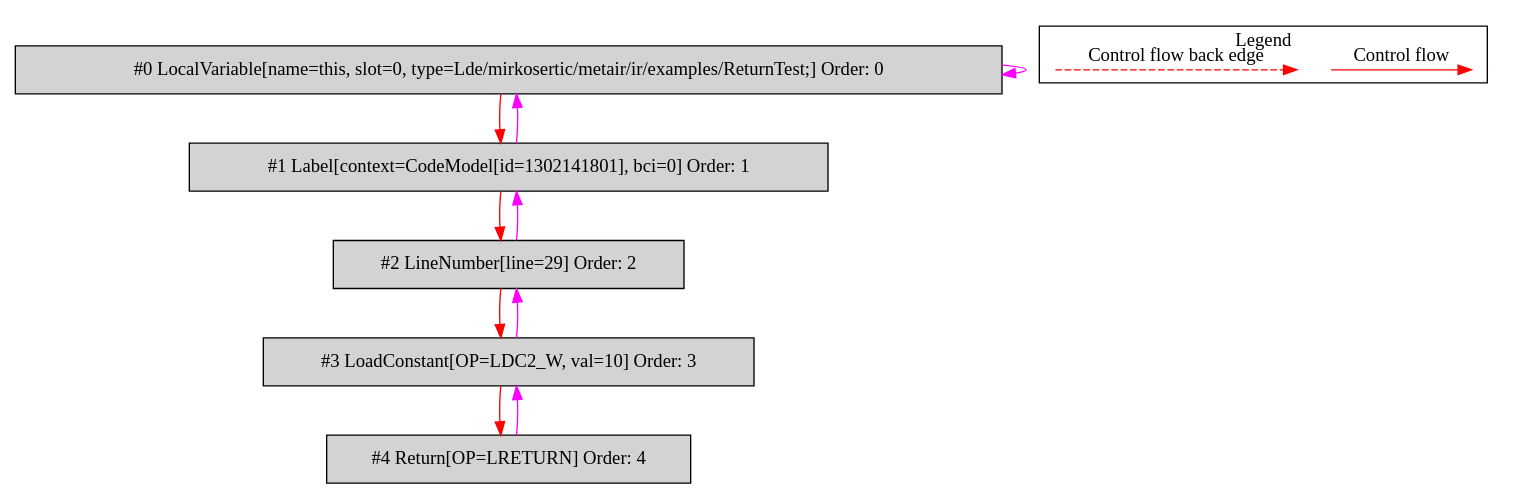
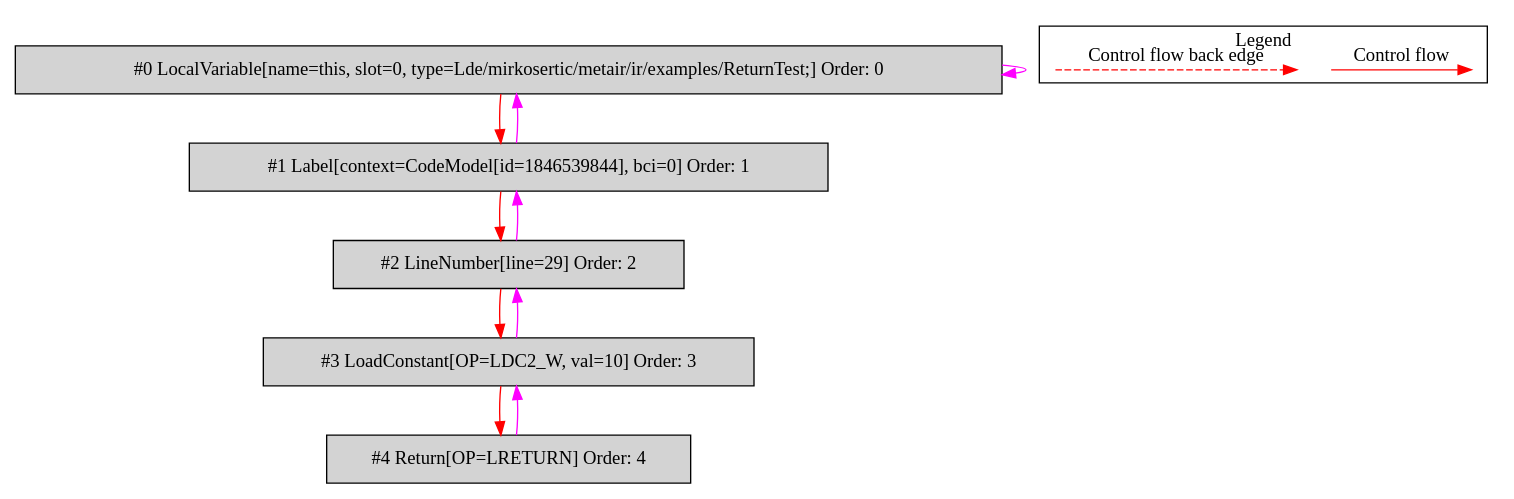
The diagram in de.mirkosertic.metair.ir.examples.ReturnTest/returnLong/bytecodecfg.dot (mirkosertic/MetaIR), drawn with Graphviz before and after one commit. The commit also changed 488 other files, not shown here.

```diff
--- a/de.mirkosertic.metair.ir.examples.ReturnTest/returnLong/bytecodecfg.dot
+++ b/de.mirkosertic.metair.ir.examples.ReturnTest/returnLong/bytecodecfg.dot
@@ -1,31 +1,31 @@
 digraph {
  ordering="in";
  node0[label="#0 LocalVariable[name=this, slot=0, type=Lde/mirkosertic/metair/ir/examples/ReturnTest;] Order: 0", shape=box, fillcolor=lightgrey, style=filled];
- node1[label="#1 Label[context=CodeModel[id=1302141801], bci=0] Order: 1", shape=box, fillcolor=lightgrey, style=filled];
+ node1[label="#1 Label[context=CodeModel[id=1846539844], bci=0] Order: 1", shape=box, fillcolor=lightgrey, style=filled];
  node2[label="#2 LineNumber[line=29] Order: 2", shape=box, fillcolor=lightgrey, style=filled];
  node3[label="#3 LoadConstant[OP=LDC2_W, val=10] Order: 3", shape=box, fillcolor=lightgrey, style=filled];
  node4[label="#4 Return[OP=LRETURN] Order: 4", shape=box, fillcolor=lightgrey, style=filled];
  node0 -> node0[color=fuchsia];
  node0 -> node1[color=red];
  node1 -> node0[color=fuchsia];
  node1 -> node2[color=red];
  node2 -> node1[color=fuchsia];
  node2 -> node3[color=red];
  node3 -> node2[color=fuchsia];
  node3 -> node4[color=red];
  node4 -> node3[color=fuchsia];
  subgraph cluster_000 {
   label = "Legend";
   node [shape=point]
   {
    rank=same;
    c0 [style = invis];
    c1 [style = invis];
    c2 [style = invis];
    c3 [style = invis];
   }
   c0 -> c1 [label="Control flow", style=solid, color=red]
   c2 -> c3 [label="Control flow back edge", style=dashed, color=red]
  }
 
 }
```
